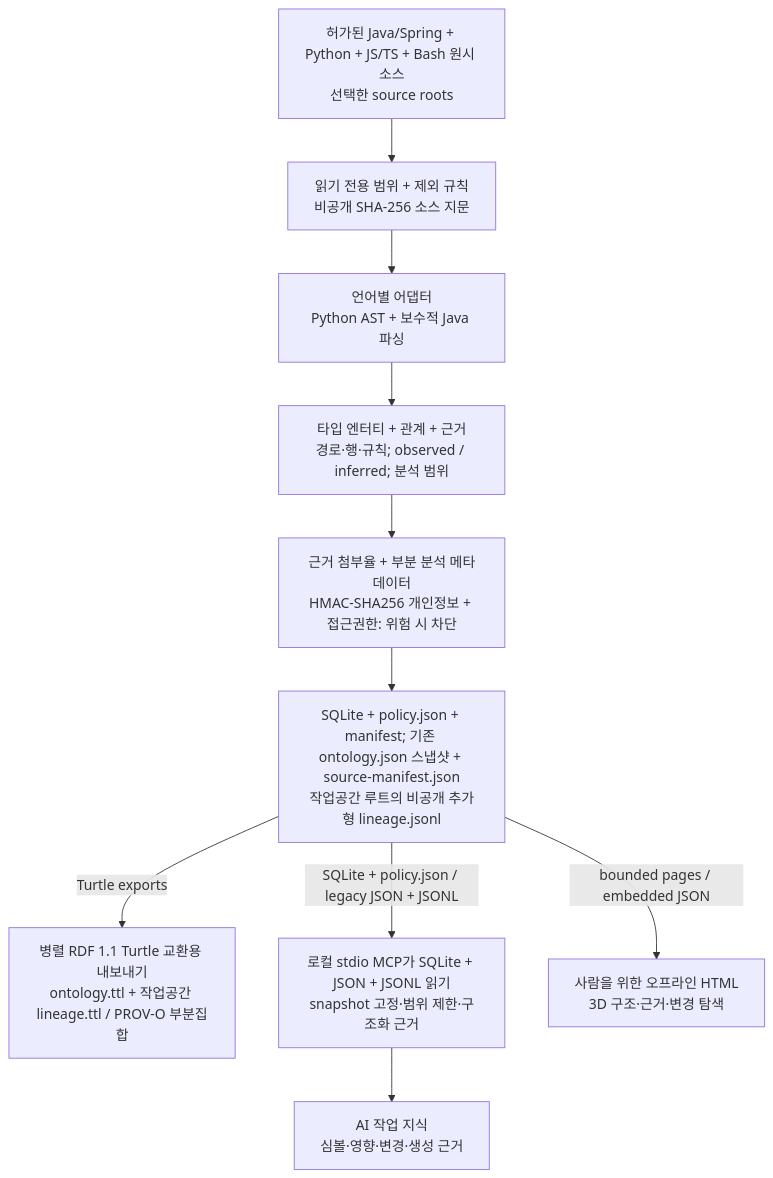
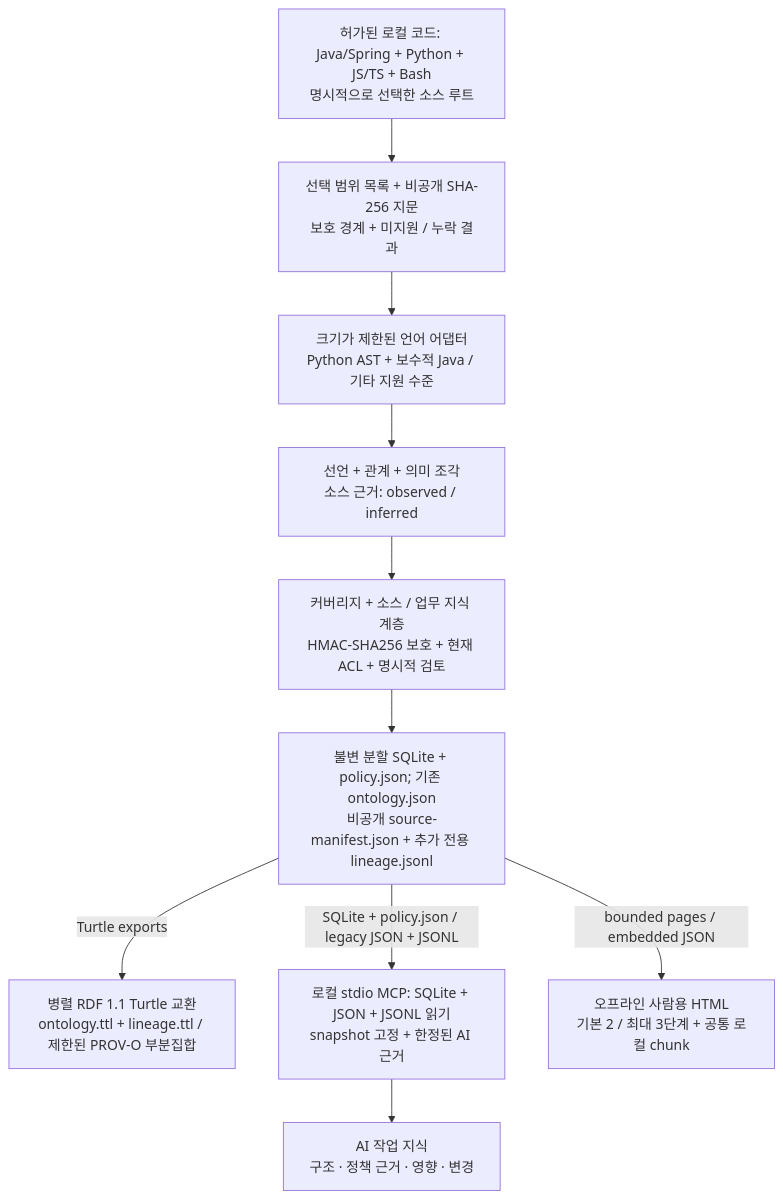
The diagram in README.ko.md (battle-doll/code-ontology-companion), drawn with Mermaid before and after one commit. The commit also changed other lines of this file and 180 other files, not shown here.

First line of the commit message:
Release 0.9.3: strengthen ontology policy evidence and bounded human views

````diff
--- a/README.ko.md
+++ b/README.ko.md
@@ -30,22 +50,22 @@
 ```mermaid
 flowchart TB
-    source["허가된 Java/Spring + Python + JS/TS + Bash 원시 소스<br/>선택한 source roots"]
-    scope["읽기 전용 범위 + 제외 규칙<br/>비공개 SHA-256 소스 지문"]
-    adapters["언어별 어댑터<br/>Python AST + 보수적 Java 파싱"]
-    evidence["타입 엔터티 + 관계 + 근거<br/>경로·행·규칙; observed / inferred; 분석 범위"]
-    gate["근거 첨부율 + 부분 분석 메타데이터<br/>HMAC-SHA256 개인정보 + 접근권한: 위험 시 차단"]
-    snapshot["SQLite + policy.json + manifest; 기존 ontology.json 스냅샷 + source-manifest.json<br/>작업공간 루트의 비공개 추가형 lineage.jsonl"]
-    rdf["병렬 RDF 1.1 Turtle 교환용 내보내기<br/>ontology.ttl + 작업공간 lineage.ttl / PROV-O 부분집합"]
-    mcp["로컬 stdio MCP가 SQLite + JSON + JSONL 읽기<br/>snapshot 고정·범위 제한·구조화 근거"]
-    ai["AI 작업 지식<br/>심볼·영향·변경·생성 근거"]
-    human["사람을 위한 오프라인 HTML<br/>3D 구조·근거·변경 탐색"]
+    source["허가된 로컬 코드: Java/Spring + Python + JS/TS + Bash<br/>명시적으로 선택한 소스 루트"]
+    scope["선택 범위 목록 + 비공개 SHA-256 지문<br/>보호 경계 + 미지원 / 누락 결과"]
+    adapters["크기가 제한된 언어 어댑터<br/>Python AST + 보수적 Java / 기타 지원 수준"]
+    evidence["선언 + 관계 + 의미 조각<br/>소스 근거: observed / inferred"]
+    gate["커버리지 + 소스 / 업무 지식 계층<br/>HMAC-SHA256 보호 + 현재 ACL + 명시적 검토"]
+    snapshot["불변 분할 SQLite + policy.json; 기존 ontology.json<br/>비공개 source-manifest.json + 추가 전용 lineage.jsonl"]
+    rdf["병렬 RDF 1.1 Turtle 교환<br/>ontology.ttl + lineage.ttl / 제한된 PROV-O 부분집합"]
+    mcp["로컬 stdio MCP: SQLite + JSON + JSONL 읽기<br/>snapshot 고정 + 한정된 AI 근거"]
+    ai["AI 작업 지식<br/>구조 · 정책 근거 · 영향 · 변경"]
+    human["오프라인 사람용 HTML<br/>기본 2 / 최대 3단계 + 공통 로컬 chunk"]
     source --> scope
     scope --> adapters
     adapters --> evidence
     evidence --> gate
     gate --> snapshot
     snapshot -->|Turtle exports| rdf
     snapshot -->|SQLite + policy.json / legacy JSON + JSONL| mcp
     mcp --> ai
     snapshot -->|bounded pages / embedded JSON| human
 ```
````
